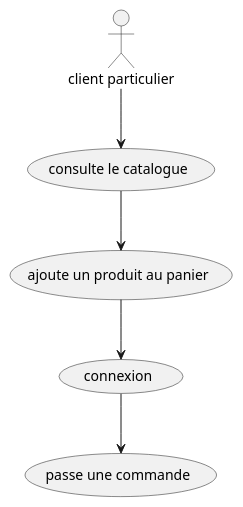
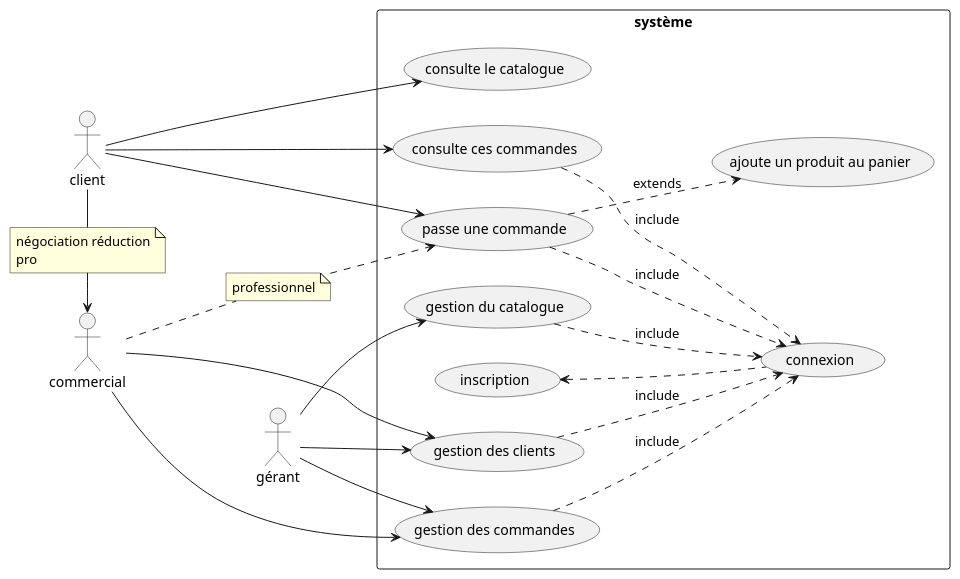
The diagram in Base_de_donnee/test.plantuml (gotied/Fil_Rouge), drawn with PlantUML before and after one commit. The commit also changed 1 other file, not shown here.

```diff
--- a/Base_de_donnee/test.plantuml
+++ b/Base_de_donnee/test.plantuml
@@ -1,16 +1,42 @@
-@startuml test
+@startuml cas d'utilisation
+left to right direction
+actor client
+actor commercial
+actor gérant 
+note "professionnel" as n
+note "négociation réduction\npro" as n1
 
-:client particulier: --> (consulte le catalogue)
-(consulte le catalogue) --> (ajoute un produit au panier)
-(ajoute un produit au panier) --> (connexion)
-(connexion) --> (passe une commande)
+rectangle système {
+client --> (consulte le catalogue)
 
-' :client professionnel:
+client --> (passe une commande)
+(passe une commande) ..> (ajoute un produit au panier) : extends
+(passe une commande) ..> (connexion) : include
 
-' :commercial particulier:
-
-' :commercial professionnel:
+client --> (consulte ces commandes)
+(consulte ces commandes) ..> (connexion) : include
+(inscription) <.. (connexion)
 
 
+commercial .. n
+n ..> (passe une commande)
 
+commercial --> (gestion des clients)
+client - n1
+n1 -> commercial
+
+commercial --> (gestion des commandes)
+
+gérant --> (gestion des clients)
+gérant --> (gestion du catalogue)
+gérant --> (gestion des commandes)
+(gestion des clients) ..> (connexion) : include
+(gestion du catalogue) ..> (connexion) : include
+(gestion des commandes) ..> (connexion) : include
+
+' (gestion du catalogue) ..> (maj du stock) : extends
+' (gestion du catalogue) ..> (ajout nv produit) : extends
+' (gestion du catalogue) ..> (désac ancien produit) : extends
+' (gestion du catalogue) ..> (gérer catégorie\n/sous-catégorie) : extends
+}
 @enduml
```
